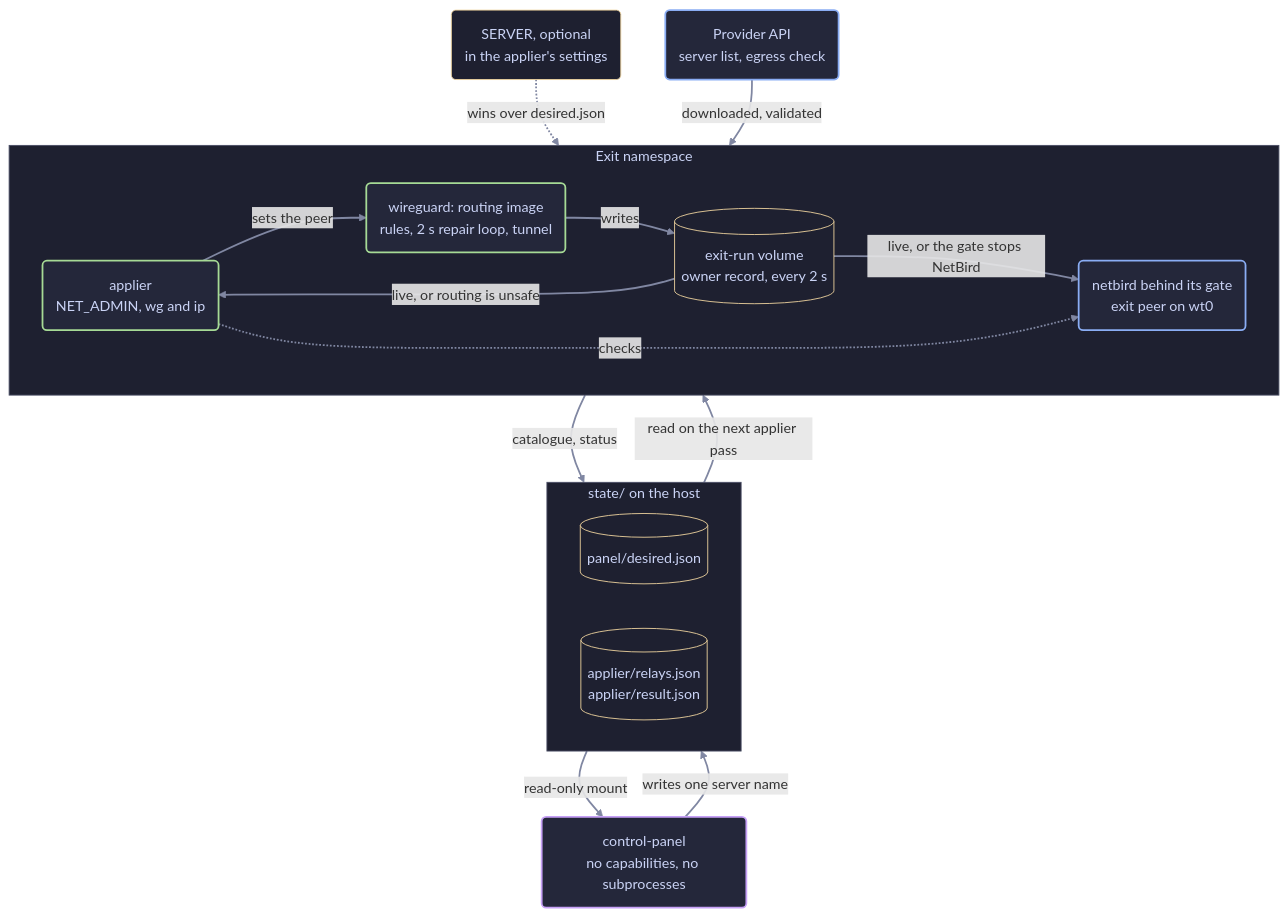
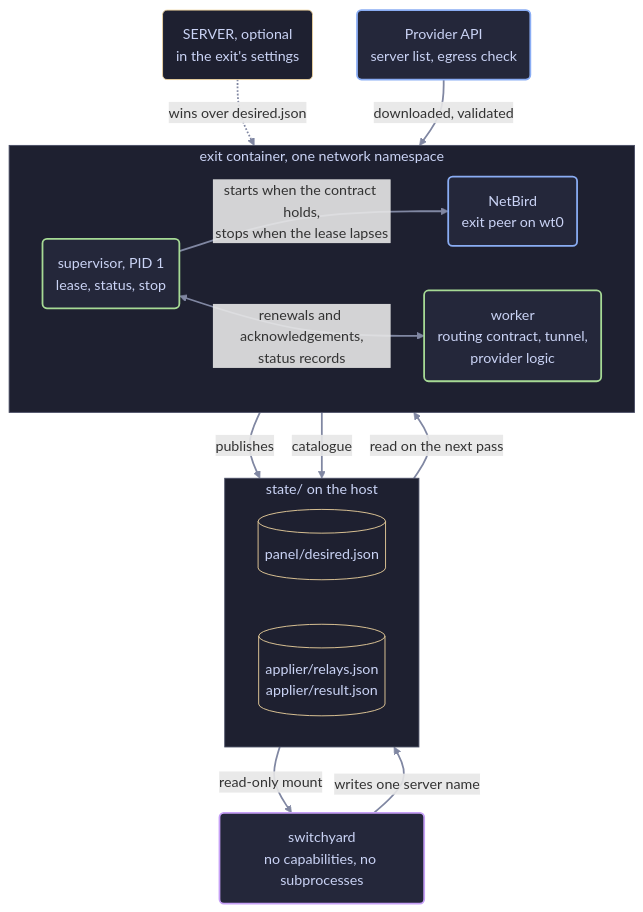
One commit to irashack/molebridge changed the first of 4 diagrams in docs/architecture.md. Above: the diagram before and after it, drawn with Mermaid. The commit also changed other lines of this file, not shown here.

Commit message:
docs: architecture for the supervisor, worker, lease and single image

````diff
--- a/docs/architecture.md
+++ b/docs/architecture.md
@@ -60,42 +77,39 @@
 ```mermaid
 flowchart TB
-    panel("control-panel<br/>no capabilities, no subprocesses")
+    panel("switchyard<br/>no capabilities, no subprocesses")
     subgraph statedir["state/ on the host"]
         direction LR
         desired[("panel/desired.json")]
         result[("applier/relays.json<br/>applier/result.json")]
     end
-    subgraph ns["Exit namespace"]
+    subgraph exit["exit container, one network namespace"]
         direction LR
-        applier("applier<br/>NET_ADMIN, wg and ip")
-        wireguard("wireguard: routing image<br/>rules, 2 s repair loop, tunnel")
-        owner[("exit-run volume<br/>owner record, every 2 s")]
-        netbird("netbird behind its gate<br/>exit peer on wt0")
+        sup("supervisor, PID 1<br/>lease, status, stop")
+        worker("worker<br/>routing contract, tunnel,<br/>provider logic")
+        netbird("NetBird<br/>exit peer on wt0")
+        sup -- "starts when the contract holds,<br/>stops when the lease lapses" --> netbird
+        sup <-- "renewals and acknowledgements,<br/>status records" --> worker
     end
     provider("Provider API<br/>server list, egress check")
-    server("SERVER, optional<br/>in the applier's settings")
+    server("SERVER, optional<br/>in the exit's settings")
 
     panel -- "writes one server name" --> desired
     result -- "read-only mount" --> panel
-    desired -- "read on the next applier pass" --> applier
-    server -. "wins over desired.json" .-> applier
-    applier -- "catalogue, status" --> result
-    applier -- "sets the peer" --> wireguard
-    wireguard -- "writes" --> owner
-    owner -- "live, or the gate stops NetBird" --> netbird
-    owner -- "live, or routing is unsafe" --> applier
-    applier -. "checks" .-> netbird
-    provider -- "downloaded, validated" --> applier
+    desired -- "read on the next pass" --> worker
+    server -. "wins over desired.json" .-> worker
+    sup -- "publishes" --> result
+    worker -- "catalogue" --> result
+    provider -- "downloaded, validated" --> worker
 
     classDef endpoint fill:#24273a,stroke:#8aadf4,color:#cad3f5,stroke-width:2px
     classDef routing fill:#24273a,stroke:#a6da95,color:#cad3f5,stroke-width:2px
     classDef file fill:#1e2030,stroke:#eed49f,color:#cad3f5,stroke-width:1px
-    classDef panel fill:#24273a,stroke:#c6a0f6,color:#cad3f5,stroke-width:2px
+    classDef panelc fill:#24273a,stroke:#c6a0f6,color:#cad3f5,stroke-width:2px
     class provider,netbird endpoint
-    class wireguard,applier routing
-    class panel panel
-    class desired,result,owner,server file
-    style ns fill:#1e2030,stroke:#494d64,color:#cad3f5
+    class sup,worker routing
+    class panel panelc
+    class desired,result,server file
+    style exit fill:#1e2030,stroke:#494d64,color:#cad3f5
     style statedir fill:#1e2030,stroke:#494d64,color:#cad3f5
     linkStyle default stroke:#8087a2,stroke-width:2px
 ```
````
